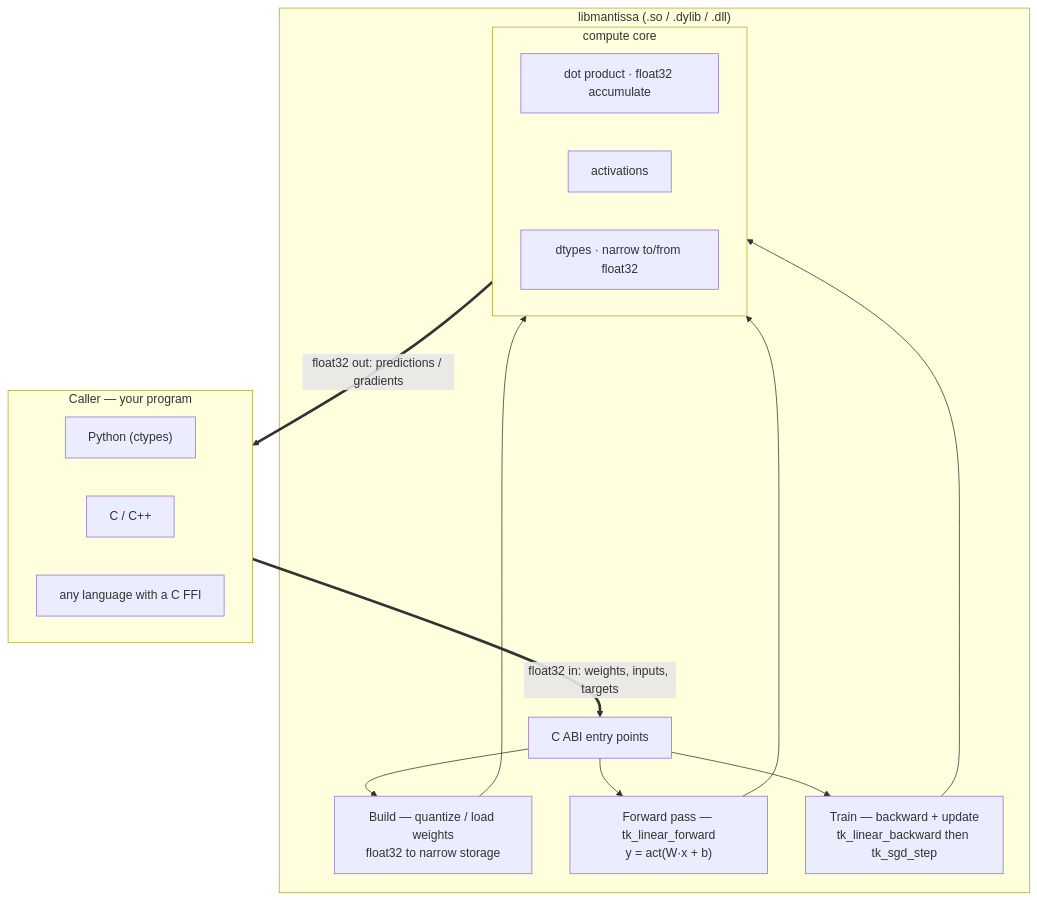
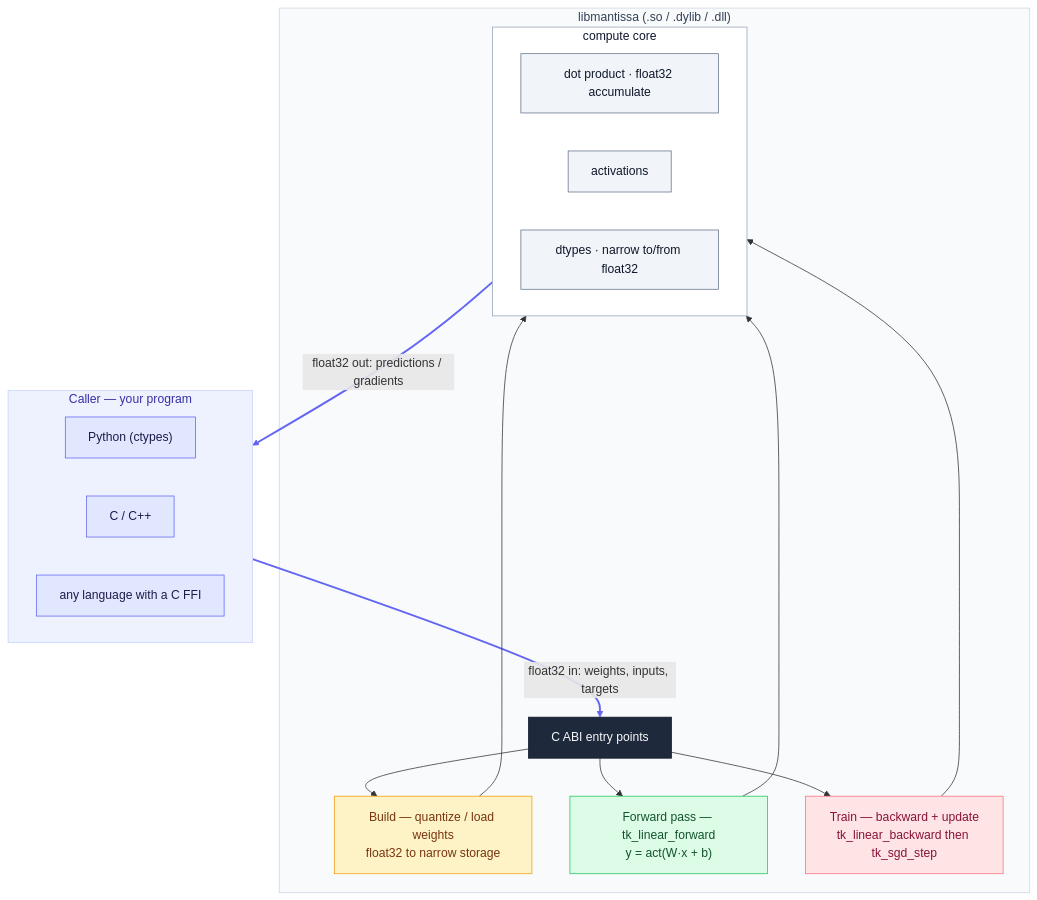
One commit to tekinertekin/mantissa changed the first of 2 diagrams in README.md. Above: the diagram before and after it, drawn with Mermaid. The commit also changed other lines of this file, not shown here.

Commit message:
README: colorize the architecture diagram, add the training-loop diagram
- Style the call-flow diagram with Mermaid classDef (theme-robust light fills +
  dark text): blue callers, dark ABI boundary, amber build, green forward, rose
  backward, highlighted request/response links.
- Add a second diagram for the training loop: input -> forward -> loss (vs
  target) -> backward -> weight update -> repeat, with a dashed loop-back edge.

````diff
--- a/README.md
+++ b/README.md
@@ -28,25 +28,36 @@
 ```mermaid
 flowchart TB
     subgraph callers["Caller — your program"]
-        PY["Python (ctypes)"]
-        CPP["C / C++"]
-        OTH["any language with a C FFI"]
+        PY["Python (ctypes)"]:::caller
+        CPP["C / C++"]:::caller
+        OTH["any language with a C FFI"]:::caller
     end
     callers ==>|"float32 in: weights, inputs, targets"| ABI
 
     subgraph lib["libmantissa  (.so / .dylib / .dll)"]
-        ABI["C ABI entry points"]
-        ABI --> Q["Build — quantize / load weights<br/>float32 to narrow storage"]
-        ABI --> FWD["Forward pass — tk_linear_forward<br/>y = act(W·x + b)"]
-        ABI --> BWD["Train — backward + update<br/>tk_linear_backward then tk_sgd_step"]
+        ABI["C ABI entry points"]:::abi
+        ABI --> Q["Build — quantize / load weights<br/>float32 to narrow storage"]:::build
+        ABI --> FWD["Forward pass — tk_linear_forward<br/>y = act(W·x + b)"]:::fwd
+        ABI --> BWD["Train — backward + update<br/>tk_linear_backward then tk_sgd_step"]:::bwd
         Q --> CORE
         FWD --> CORE
         BWD --> CORE
         subgraph CORE["compute core"]
-            DOT["dot product · float32 accumulate"]
-            ACT["activations"]
-            DT["dtypes · narrow to/from float32"]
+            DOT["dot product · float32 accumulate"]:::core
+            ACT["activations"]:::core
+            DT["dtypes · narrow to/from float32"]:::core
         end
     end
     CORE ==>|"float32 out: predictions / gradients"| callers
+
+    classDef caller fill:#e0e7ff,stroke:#6366f1,stroke-width:1px,color:#1e1b4b
+    classDef abi   fill:#1e293b,stroke:#0f172a,stroke-width:1px,color:#f8fafc
+    classDef build fill:#fef3c7,stroke:#f59e0b,stroke-width:1px,color:#78350f
+    classDef fwd   fill:#dcfce7,stroke:#22c55e,stroke-width:1px,color:#14532d
+    classDef bwd   fill:#ffe4e6,stroke:#fb7185,stroke-width:1px,color:#881337
+    classDef core  fill:#f1f5f9,stroke:#64748b,stroke-width:1px,color:#0f172a
+    style callers fill:#eef2ff,stroke:#c7d2fe,color:#3730a3
+    style lib fill:#f8fafc,stroke:#cbd5e1,color:#334155
+    style CORE fill:#ffffff,stroke:#94a3b8,color:#0f172a
+    linkStyle 0,7 stroke:#6366f1,stroke-width:2.5px
 ```
````
